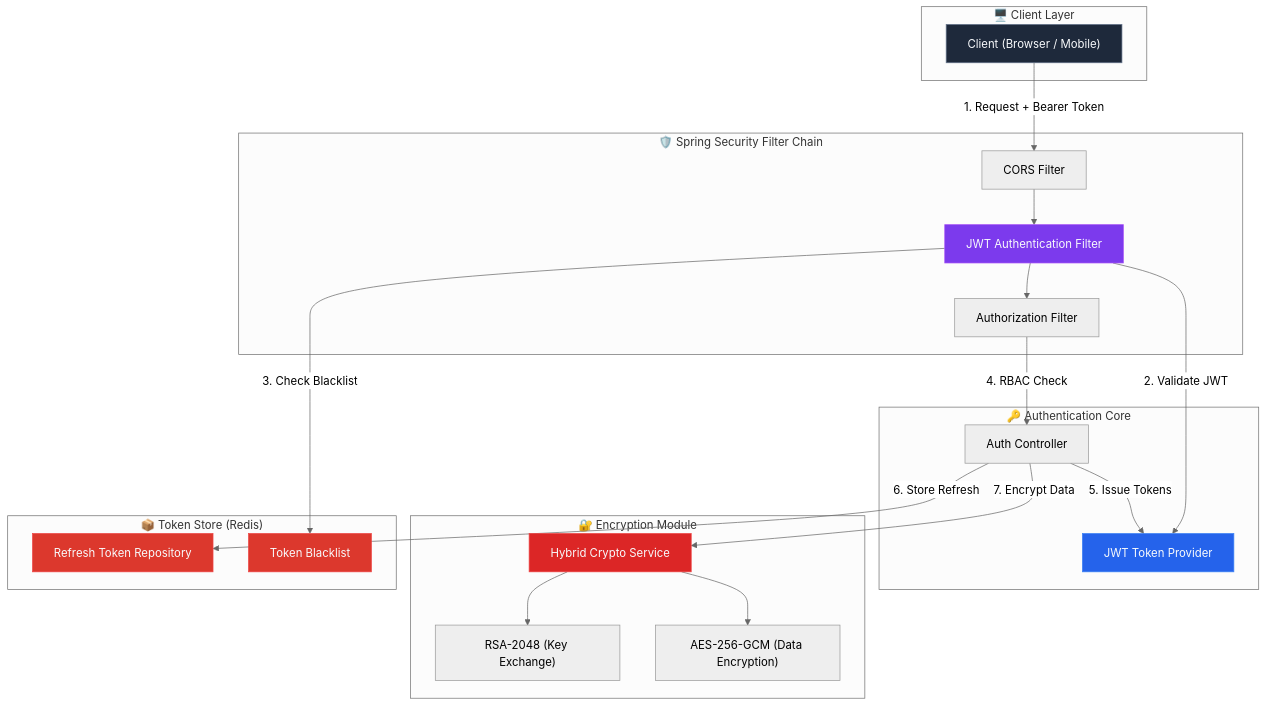
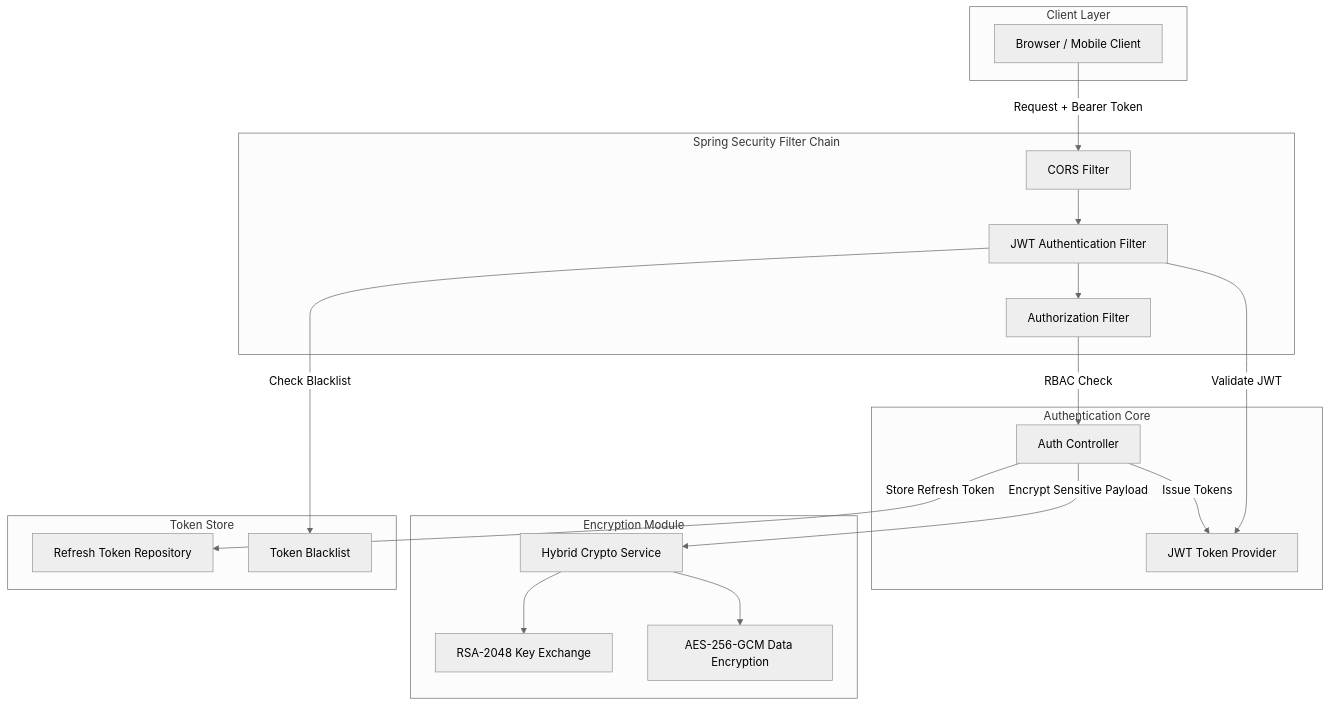
Before and after one commit to hooneyg/security-auth-core: the diagram in README.md, drawn with Mermaid (neutral theme). The commit also changed other lines of this file and 1 other file, not shown here.

````diff
--- a/README.md
+++ b/README.md
@@ -36,49 +40,44 @@
 ```mermaid
+
 graph TB
-    subgraph "🖥️ Client Layer"
-        Client["Client (Browser / Mobile)"]
+    subgraph "Client Layer"
+        Client["Browser / Mobile Client"]
     end
 
-    subgraph "🛡️ Spring Security Filter Chain"
+    subgraph "Spring Security Filter Chain"
         CorsFilter["CORS Filter"]
         JwtFilter["JWT Authentication Filter"]
         AuthFilter["Authorization Filter"]
     end
 
-    subgraph "🔑 Authentication Core"
+    subgraph "Authentication Core"
         AuthController["Auth Controller"]
         JwtProvider["JWT Token Provider"]
     end
 
-    subgraph "🔐 Encryption Module"
+    subgraph "Encryption Module"
         CryptoService["Hybrid Crypto Service"]
-        RSA["RSA-2048 (Key Exchange)"]
-        AES["AES-256-GCM (Data Encryption)"]
+        RSA["RSA-2048 Key Exchange"]
+        AES["AES-256-GCM Data Encryption"]
     end
 
-    subgraph "📦 Token Store (Redis)"
+    subgraph "Token Store"
         RefreshRepo["Refresh Token Repository"]
         Blacklist["Token Blacklist"]
     end
 
-    Client --> |"1. Request + Bearer Token"| CorsFilter
+    Client -->|"Request + Bearer Token"| CorsFilter
     CorsFilter --> JwtFilter
-    JwtFilter --> |"2. Validate JWT"| JwtProvider
-    JwtFilter --> |"3. Check Blacklist"| Blacklist
+    JwtFilter -->|"Validate JWT"| JwtProvider
+    JwtFilter -->|"Check Blacklist"| Blacklist
     JwtFilter --> AuthFilter
-    AuthFilter --> |"4. RBAC Check"| AuthController
+    AuthFilter -->|"RBAC Check"| AuthController
 
-    AuthController --> |"5. Issue Tokens"| JwtProvider
-    AuthController --> |"6. Store Refresh"| RefreshRepo
-    AuthController --> |"7. Encrypt Data"| CryptoService
+    AuthController -->|"Issue Tokens"| JwtProvider
+    AuthController -->|"Store Refresh Token"| RefreshRepo
+    AuthController -->|"Encrypt Sensitive Payload"| CryptoService
 
     CryptoService --> RSA
     CryptoService --> AES
 
-    style Client fill:#1E293B,stroke:#64748B,color:#F8FAFC
-    style JwtFilter fill:#7C3AED,stroke:#A855F7,color:#F8FAFC
-    style JwtProvider fill:#2563EB,stroke:#3B82F6,color:#F8FAFC
-    style CryptoService fill:#DC2626,stroke:#EF4444,color:#F8FAFC
-    style RefreshRepo fill:#DC382D,stroke:#EF4444,color:#F8FAFC
-    style Blacklist fill:#DC382D,stroke:#EF4444,color:#F8FAFC
 ```
````
